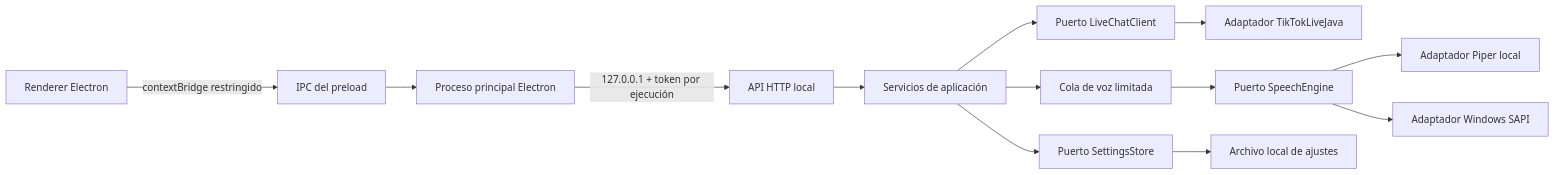
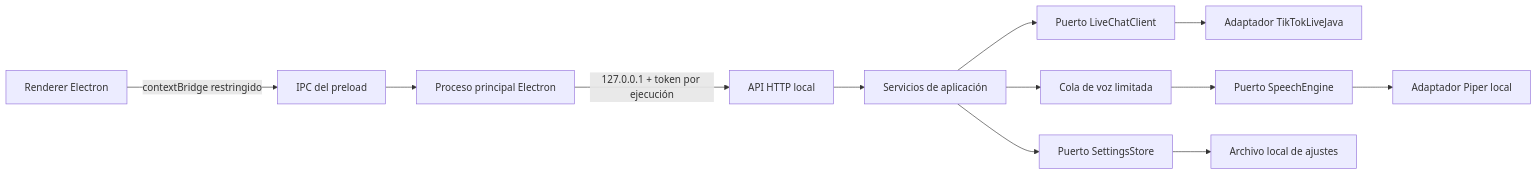
The diagram in README.es.md (zero780/live-chat-tts), drawn with Mermaid before and after one commit. The commit also changed other lines of this file and 21 other files, not shown here.

````diff
--- a/README.es.md
+++ b/README.es.md
@@ -39,15 +39,14 @@
 ```mermaid
 graph LR
   UI[Renderer Electron] -->|contextBridge restringido| IPC[IPC del preload]
   IPC --> MAIN[Proceso principal Electron]
   MAIN -->|127.0.0.1 + token por ejecución| API[API HTTP local]
   API --> APP[Servicios de aplicación]
   APP --> QUEUE[Cola de voz limitada]
   APP --> LIVE[Puerto LiveChatClient]
   LIVE --> TIKTOK[Adaptador TikTokLiveJava]
   QUEUE --> SPEECH[Puerto SpeechEngine]
   SPEECH --> PIPER[Adaptador Piper local]
-  SPEECH --> WINDOWS[Adaptador Windows SAPI]
   APP --> SETTINGS[Puerto SettingsStore]
   SETTINGS --> FILE[Archivo local de ajustes]
 ```
````
